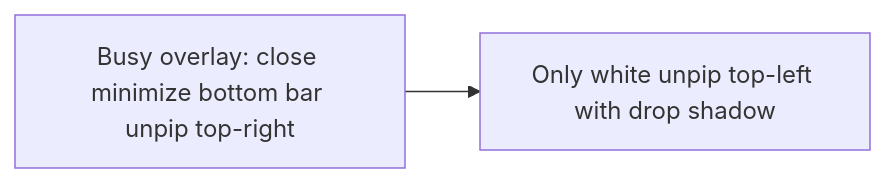
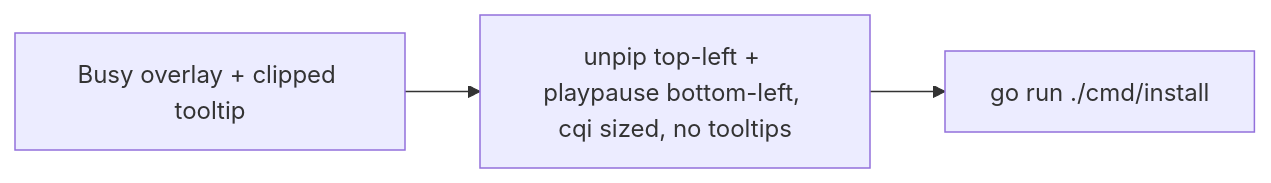
Before and after one commit to Johann-Goncalves-Pereira/zen-pip-gestures: the diagram in docs/product/pip-controls.md, drawn with Mermaid. The commit also changed other lines of this file and 2 other files, not shown here.

First line of the commit message:
docs 📚: Document cqi PiP icons, playpause, and Update install path

````diff
--- a/docs/product/pip-controls.md
+++ b/docs/product/pip-controls.md
@@ -37,4 +59,5 @@
 ```mermaid
 flowchart LR
-  before["Busy overlay: close minimize bottom bar unpip top-right"] --> after["Only white unpip top-left with drop shadow"]
+  before["Busy overlay + clipped tooltip"] --> after["unpip top-left + playpause bottom-left, cqi sized, no tooltips"]
+  after --> deploy["go run ./cmd/install"]
 ```
````
